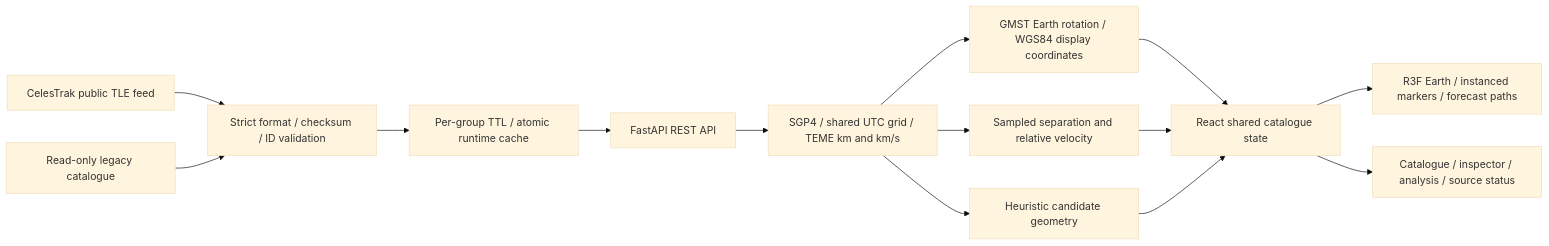
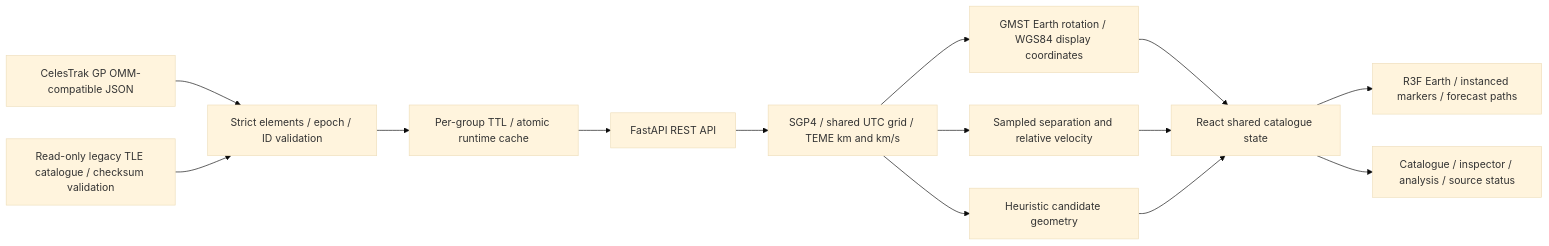
One commit to shasshaank/Orbital-Guardian-2.0 changed the diagram in README.md. Above: the diagram before and after it, drawn with Mermaid (base theme). The commit also changed other lines of this file and 27 other files, not shown here.

````diff
--- a/README.md
+++ b/README.md
@@ -64,16 +64,16 @@
 ```mermaid
 flowchart LR
-  C[CelesTrak public TLE feed] --> V[Strict format / checksum / ID validation]
-  F[Read-only legacy catalogue] --> V
+  C[CelesTrak GP OMM-compatible JSON] --> V[Strict elements / epoch / ID validation]
+  F[Read-only legacy TLE catalogue / checksum validation] --> V
   V --> R[Per-group TTL / atomic runtime cache]
   R --> API[FastAPI REST API]
   API --> P[SGP4 / shared UTC grid / TEME km and km/s]
   P --> G[GMST Earth rotation / WGS84 display coordinates]
   P --> S[Sampled separation and relative velocity]
   P --> M[Heuristic candidate geometry]
   G --> UI[React shared catalogue state]
   S --> UI
   M --> UI
   UI --> E[R3F Earth / instanced markers / forecast paths]
   UI --> A[Catalogue / inspector / analysis / source status]
 ```
````
